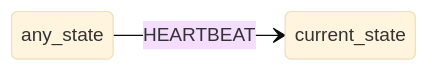
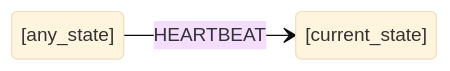
The sixth of 8 diagrams in docs/reference/transitions.md (maurice/yay-machine), drawn with Mermaid (base theme) before and after one commit. The commit also changed other lines of this file and 9 other files, not shown here.

Commit message:
docs: better styling of mermaid and inline code

````diff
--- a/docs/reference/transitions.md
+++ b/docs/reference/transitions.md
@@ -406,5 +406,5 @@
 ```mermaid
 stateDiagram
     direction LR
-    any_state --> current_state: HEARTBEAT
+    [any_state] --> [current_state]: HEARTBEAT
 ```
````
